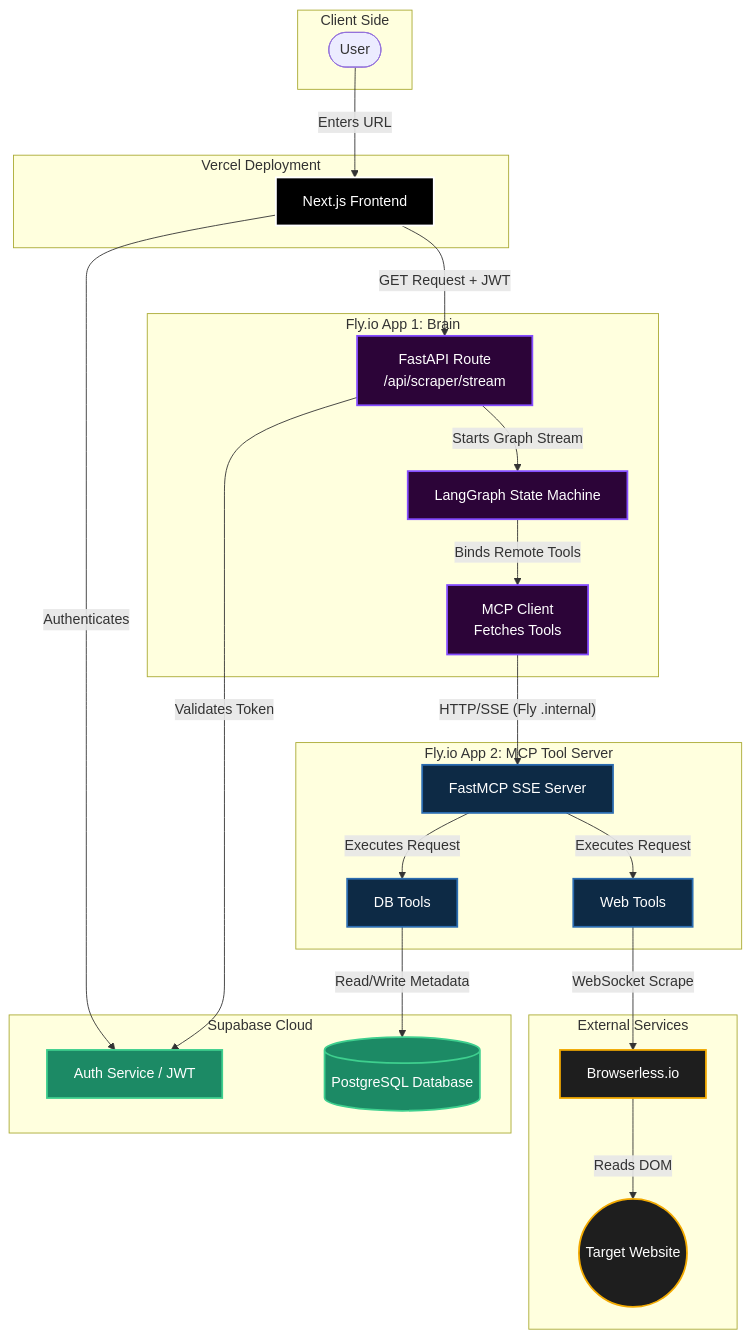
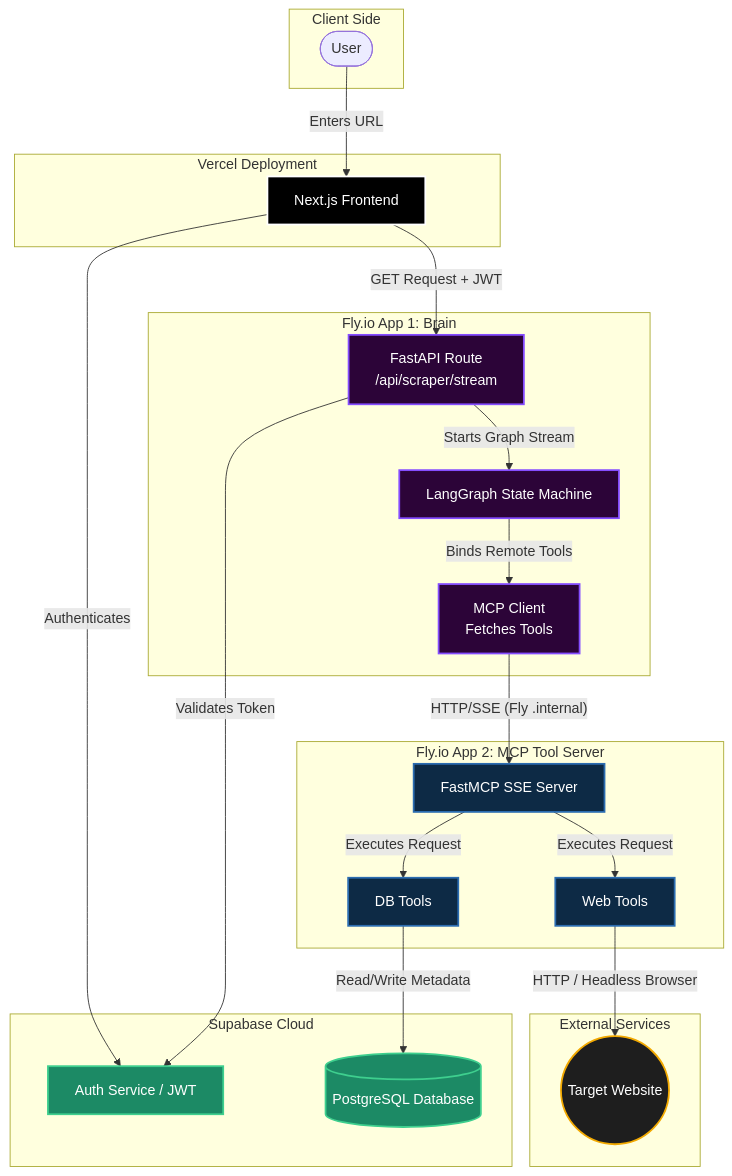
One commit to andy-austin/quipu changed the diagram in docs/architecture.md. Above: the diagram before and after it, drawn with Mermaid. The commit also changed other lines of this file and 10 other files, not shown here.

````diff
--- a/docs/architecture.md
+++ b/docs/architecture.md
@@ -22,54 +22,52 @@
 ```mermaid
 graph TD
     classDef frontend fill:#000,stroke:#fff,stroke-width:2px,color:#fff;
     classDef brain fill:#2c0438,stroke:#854dff,stroke-width:2px,color:#fff;
     classDef hands fill:#0d2a45,stroke:#2b6cb0,stroke-width:2px,color:#fff;
     classDef database fill:#1c8a65,stroke:#3ecf8e,stroke-width:2px,color:#fff;
     classDef external fill:#1e1e1e,stroke:#f2a900,stroke-width:2px,color:#fff;
 
     subgraph Client [Client Side]
         User([User])
     end
 
     subgraph Vercel [Vercel Deployment]
         UI["Next.js Frontend"]:::frontend
     end
 
     subgraph Supabase [Supabase Cloud]
         Auth["Auth Service / JWT"]:::database
         DB[("PostgreSQL Database")]:::database
     end
 
     subgraph Fly_io_Brain ["Fly.io App 1: Brain"]
         Router["FastAPI Route<br>/api/scraper/stream"]:::brain
         Graph["LangGraph State Machine"]:::brain
         MCPClient["MCP Client<br>Fetches Tools"]:::brain
     end
 
     subgraph Fly_io_Hands ["Fly.io App 2: MCP Tool Server"]
         MCPServer["FastMCP SSE Server"]:::hands
         ToolDB["DB Tools"]:::hands
         ToolWeb["Web Tools"]:::hands
     end
 
-    subgraph Browserless [External Services]
-        BaaS["Browserless.io"]:::external
+    subgraph External [External Services]
         TargetSite(("Target Website")):::external
     end
 
     User -- "Enters URL" --> UI
     UI -- "Authenticates" --> Auth
     UI -- "GET Request + JWT" --> Router
 
     Router -- "Validates Token" --> Auth
     Router -- "Starts Graph Stream" --> Graph
     Graph -- "Binds Remote Tools" --> MCPClient
 
     MCPClient -- "HTTP/SSE (Fly .internal)" --> MCPServer
     MCPServer -- "Executes Request" --> ToolDB
     MCPServer -- "Executes Request" --> ToolWeb
 
     ToolDB -- "Read/Write Metadata" --> DB
-    ToolWeb -- "WebSocket Scrape" --> BaaS
-    BaaS -- "Reads DOM" --> TargetSite
+    ToolWeb -- "HTTP / Headless Browser" --> TargetSite
 ```
````
